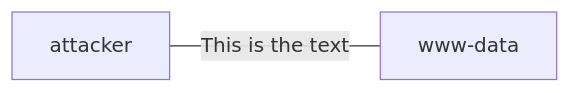
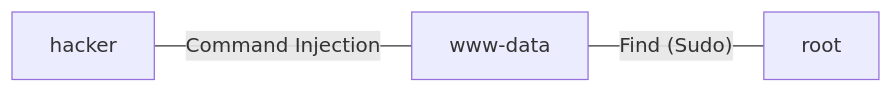
One commit to VulNyx/book changed the diagram in _network/port-knocking.md. Above: the diagram before and after it, drawn with Mermaid.

````diff
--- a/_network/port-knocking.md
+++ b/_network/port-knocking.md
@@ -10,4 +10,5 @@
 ```mermaid
 graph LR;
-    attacker-- This is the text ---www-data
+    hacker-- Command Injection ---www-data;
+    www-data-- Find (Sudo) ---root;
 ```
````
